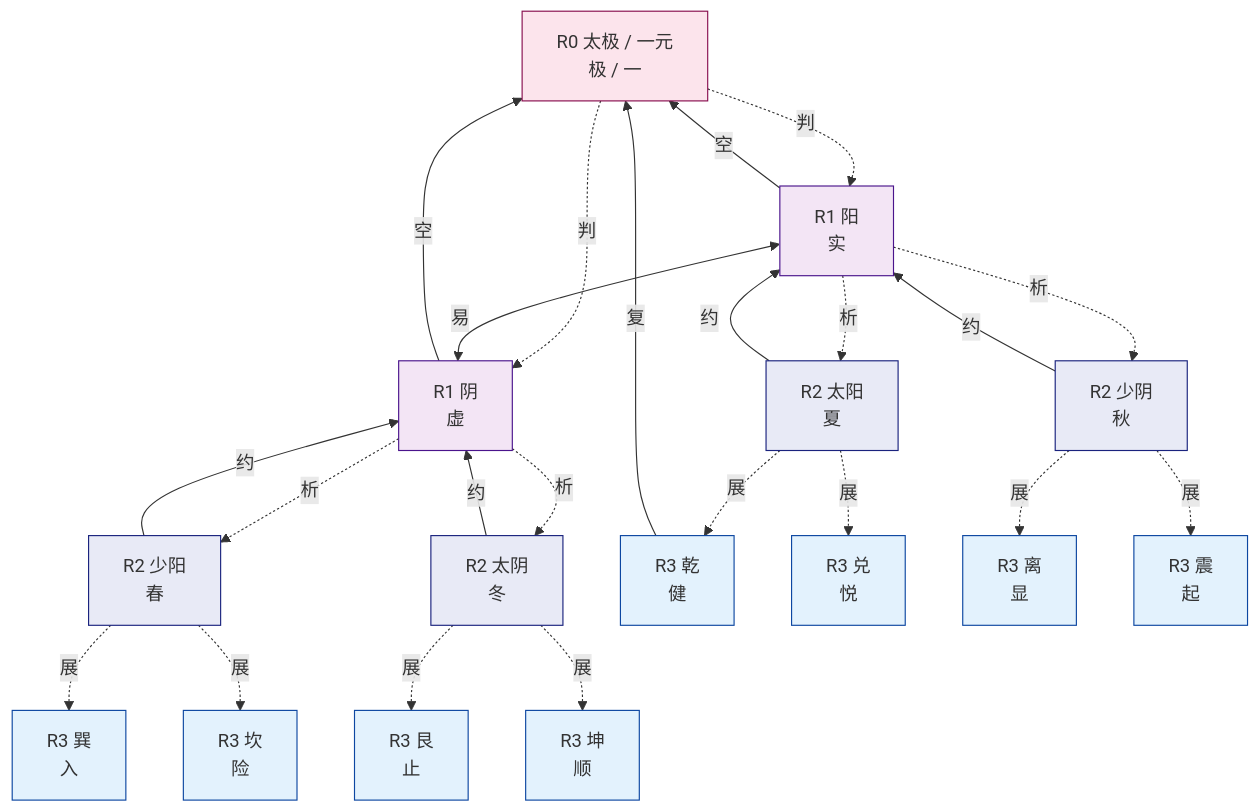
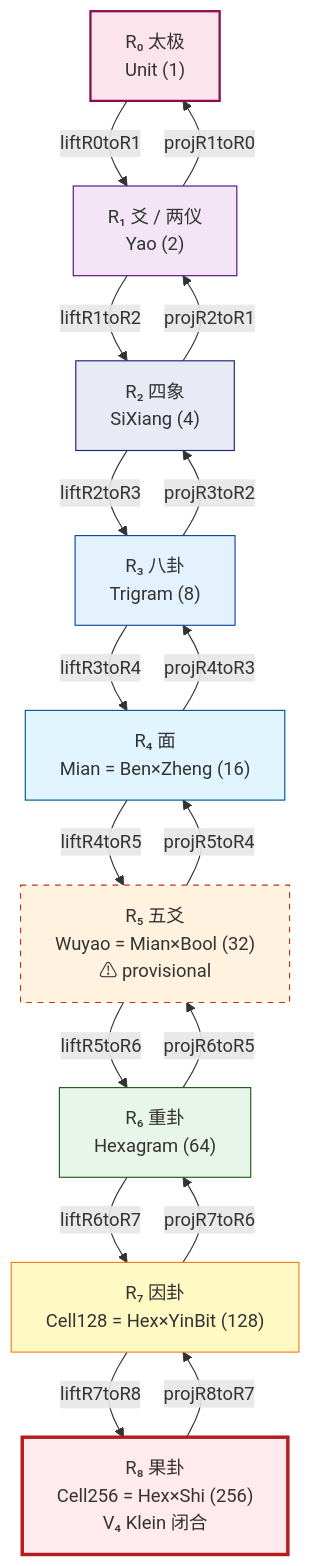
The first of 9 diagrams in docs-next/10_formal_形式/layer-axis-graph.md (yongxu/DAO), drawn with Mermaid before and after one commit. The commit also changed other lines of this file and 60 other files, not shown here.

````diff
--- a/docs-next/10_formal_形式/layer-axis-graph.md
+++ b/docs-next/10_formal_形式/layer-axis-graph.md
@@ -184,70 +72,56 @@
 ```mermaid
 graph TD
-    %% R0
-    R0["R0 太极 / 一元<br>极 / 一"]
+    R0["R₀ 太极<br>Unit (1)"]
+    R1["R₁ 爻 / 两仪<br>Yao (2)"]
+    R2["R₂ 四象<br>SiXiang (4)"]
+    R3["R₃ 八卦<br>Trigram (8)"]
+    R4["R₄ 面<br>Mian = Ben×Zheng (16)"]
+    R5["R₅ 五爻<br>Wuyao = Mian×Bool (32)<br>⚠ provisional"]
+    R6["R₆ 重卦<br>Hexagram (64)"]
+    R7["R₇ 因卦<br>Cell128 = Hex×YinBit (128)"]
+    R8["R₈ 果卦<br>Cell256 = Hex×Shi (256)<br>V₄ Klein 闭合"]
 
-    %% R1
-    Y["R1 阳<br>实"]
-    YIN["R1 阴<br>虚"]
+    R0 -->|liftR0toR1| R1
+    R1 -->|projR1toR0| R0
 
-    %% R2
-    R2_TY["R2 太阳<br>夏"]
-    R2_SY["R2 少阴<br>秋"]
-    R2_SX["R2 少阳<br>春"]
-    R2_TX["R2 太阴<br>冬"]
+    R1 -->|liftR1toR2| R2
+    R2 -->|projR2toR1| R1
 
-    %% R3
-    R3_QIAN["R3 乾<br>健"]
-    R3_DUI["R3 兑<br>悦"]
-    R3_LI["R3 离<br>显"]
-    R3_ZHEN["R3 震<br>起"]
-    R3_XUN["R3 巽<br>入"]
-    R3_KAN["R3 坎<br>险"]
-    R3_GEN["R3 艮<br>止"]
-    R3_KUN["R3 坤<br>顺"]
+    R2 -->|liftR2toR3| R3
+    R3 -->|projR3toR2| R2
 
-    %% R0 → R1 (判 fenToYi)
-    R0 -.->|判| Y
-    R0 -.->|判| YIN
+    R3 -->|liftR3toR4| R4
+    R4 -->|projR4toR3| R3
 
-    %% R1 → R0 (空 heToTaiji)
-    Y -->|空| R0
-    YIN -->|空| R0
+    R4 -->|liftR4toR5| R5
+    R5 -->|projR5toR4| R4
 
-    %% R1 → R2 (析 fenToSiXiang)
-    Y -.->|析| R2_TY
-    Y -.->|析| R2_SY
-    YIN -.->|析| R2_SX
-    YIN -.->|析| R2_TX
+    R5 -->|liftR5toR6| R6
+    R6 -->|projR6toR5| R5
 
-    %% R2 → R1 (约 heToYi)
-    R2_TY -->|约| Y
-    R2_SY -->|约| Y
-    R2_SX -->|约| YIN
-    R2_TX -->|约| YIN
+    R6 -->|liftR6toR7| R7
+    R7 -->|projR7toR6| R6
 
-    %% R2 → R3 (展 fenToTrigram)
-    R2_TY -.->|展| R3_QIAN
-    R2_TY -.->|展| R3_DUI
-    R2_SY -.->|展| R3_LI
-    R2_SY -.->|展| R3_ZHEN
-    R2_SX -.->|展| R3_XUN
-    R2_SX -.->|展| R3_KAN
-    R2_TX -.->|展| R3_GEN
-    R2_TX -.->|展| R3_KUN
+    R7 -->|liftR7toR8| R8
+    R8 -->|projR8toR7| R7
 
-    %% R3 → R0 (复 guiyi)
-    R3_QIAN -->|复| R0
-
-    %% R1 yi
-    Y <-->|易| YIN
-
-    classDef r0 fill:#fce4ec,stroke:#880e4f
+    classDef r0 fill:#fce4ec,stroke:#880e4f,stroke-width:2px
     classDef r1 fill:#f3e5f5,stroke:#4a148c
     classDef r2 fill:#e8eaf6,stroke:#1a237e
     classDef r3 fill:#e3f2fd,stroke:#0d47a1
+    classDef r4 fill:#e1f5fe,stroke:#01579b
+    classDef r5 fill:#fff3e0,stroke:#bf360c,stroke-dasharray: 5 5
+    classDef r6 fill:#e8f5e9,stroke:#1b5e20
+    classDef r7 fill:#fff9c4,stroke:#f57f17
+    classDef r8 fill:#ffebee,stroke:#b71c1c,stroke-width:3px
+
     class R0 r0
-    class Y,YIN r1
-    class R2_TY,R2_SY,R2_SX,R2_TX r2
-    class R3_QIAN,R3_DUI,R3_LI,R3_ZHEN,R3_XUN,R3_KAN,R3_GEN,R3_KUN r3
+    class R1 r1
+    class R2 r2
+    class R3 r3
+    class R4 r4
+    class R5 r5
+    class R6 r6
+    class R7 r7
+    class R8 r8
 ```
````
